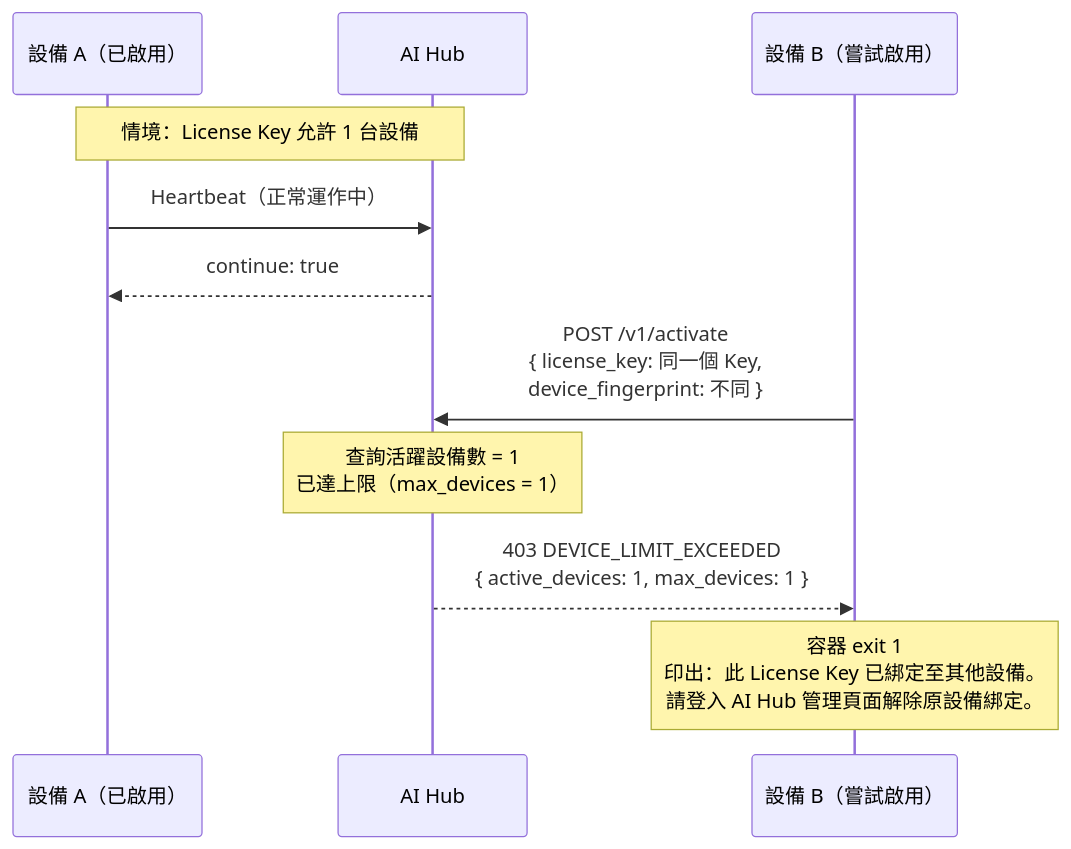
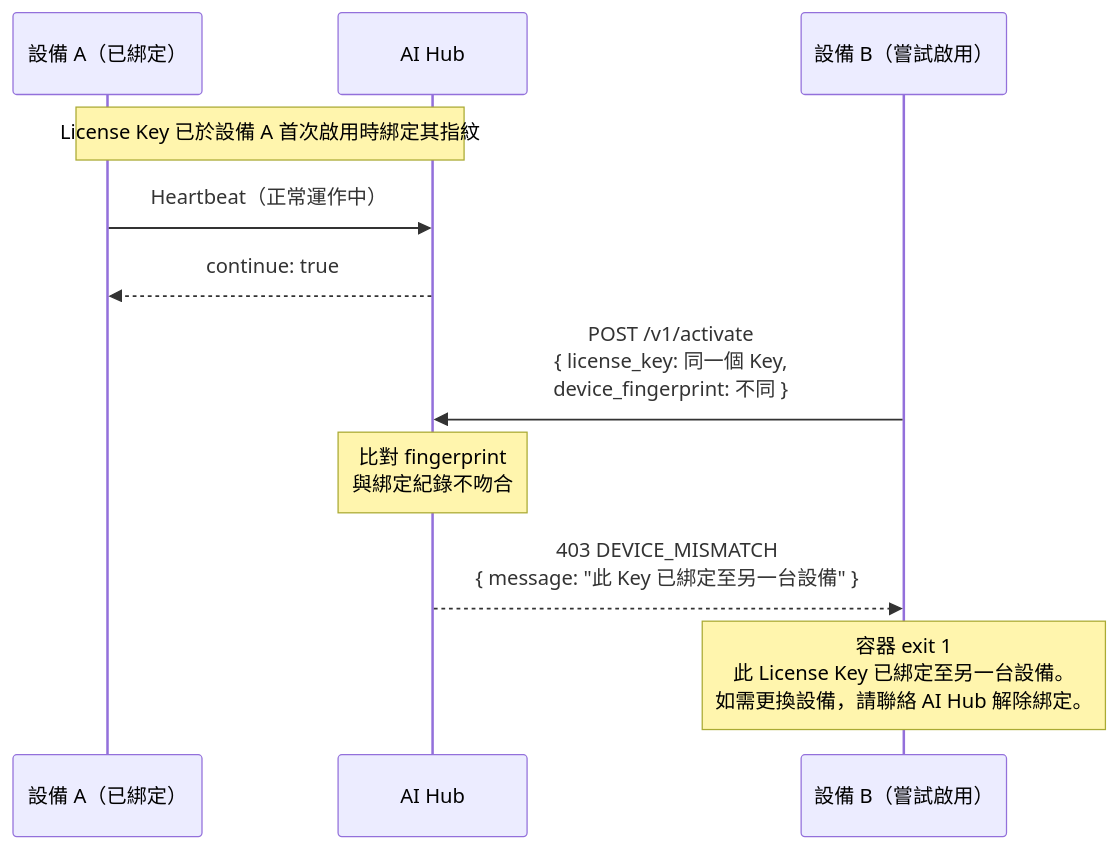
Before and after one commit to t200i/footfit: the fifth of 5 diagrams in docs/aihub-activation-handshake.md, drawn with Mermaid. The commit also changed other lines of this file and 1 other file, not shown here.

````diff
--- a/docs/aihub-activation-handshake.md
+++ b/docs/aihub-activation-handshake.md
@@ -186,19 +185,19 @@
 ```mermaid
 sequenceDiagram
-    participant A as 設備 A（已啟用）
+    participant A as 設備 A（已綁定）
     participant H as AI Hub
     participant B as 設備 B（嘗試啟用）
 
-    Note over A,H: 情境：License Key 允許 1 台設備
+    Note over A,H: License Key 已於設備 A 首次啟用時綁定其指紋
 
     A->>H: Heartbeat（正常運作中）
     H-->>A: continue: true
 
     B->>H: POST /v1/activate<br/>{ license_key: 同一個 Key,<br/>  device_fingerprint: 不同 }
 
-    Note over H: 查詢活躍設備數 = 1<br/>已達上限（max_devices = 1）
+    Note over H: 比對 fingerprint<br/>與綁定紀錄不吻合
 
-    H-->>B: 403 DEVICE_LIMIT_EXCEEDED<br/>{ active_devices: 1, max_devices: 1 }
+    H-->>B: 403 DEVICE_MISMATCH<br/>{ message: "此 Key 已綁定至另一台設備" }
 
-    Note over B: 容器 exit 1<br/>印出：此 License Key 已綁定至其他設備。<br/>請登入 AI Hub 管理頁面解除原設備綁定。
+    Note over B: 容器 exit 1<br/>此 License Key 已綁定至另一台設備。<br/>如需更換設備，請聯絡 AI Hub 解除綁定。
 ```
````
